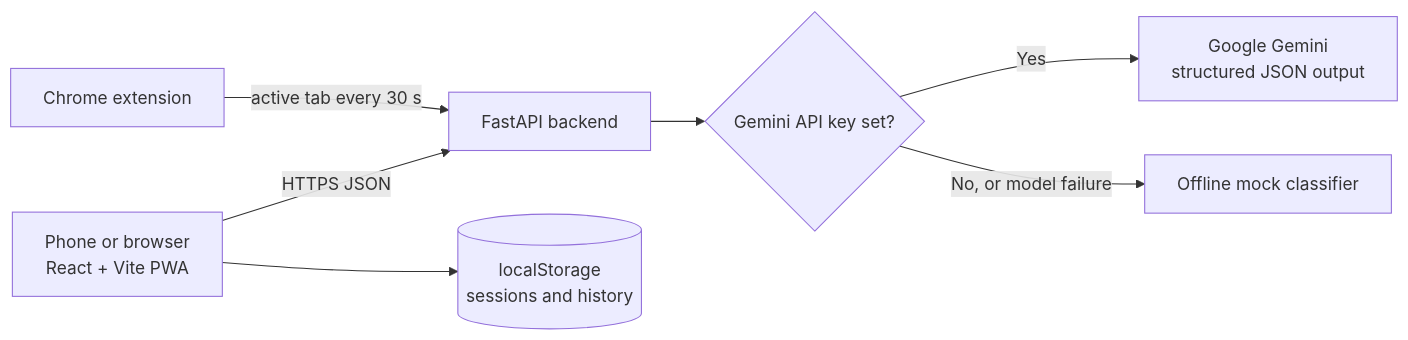
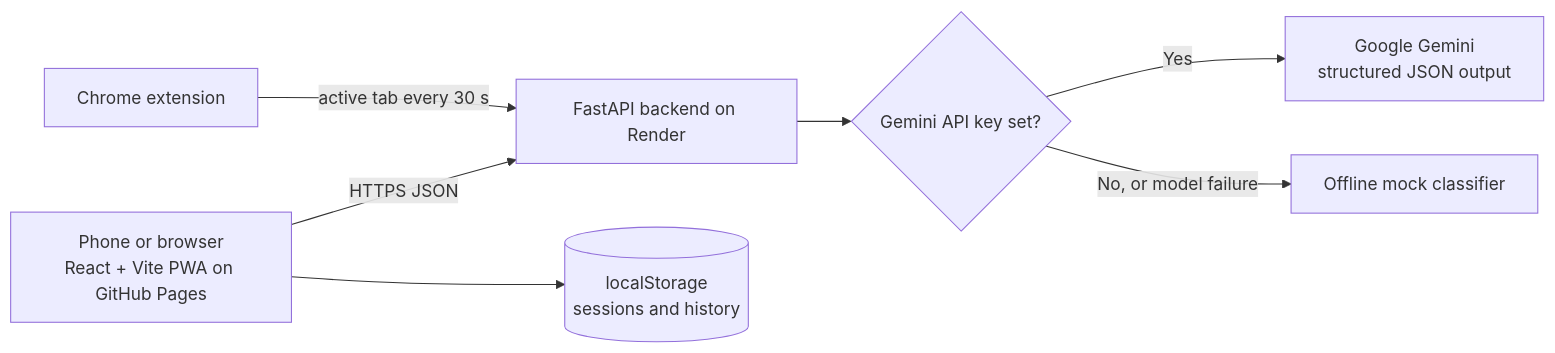
One commit to VishnuVardhan4145/GoalGuard-AI changed the diagram in README.md. Above: the diagram before and after it, drawn with Mermaid. The commit also changed other lines of this file, not shown here.

First line of the commit message:
Revise README for deployment and architecture updates

````diff
--- a/README.md
+++ b/README.md
@@ -56,9 +56,9 @@
 ```mermaid
 flowchart LR
-    U[Phone or browser<br/>React + Vite PWA] -->|HTTPS JSON| B[FastAPI backend]
+    U[Phone or browser<br/>React + Vite PWA on GitHub Pages] -->|HTTPS JSON| B[FastAPI backend on Render]
     B --> L{Gemini API key set?}
     L -->|Yes| G[Google Gemini<br/>structured JSON output]
     L -->|No, or model failure| M[Offline mock classifier]
     U --> S[(localStorage<br/>sessions and history)]
     X[Chrome extension] -->|active tab every 30 s| B
 ```
````
